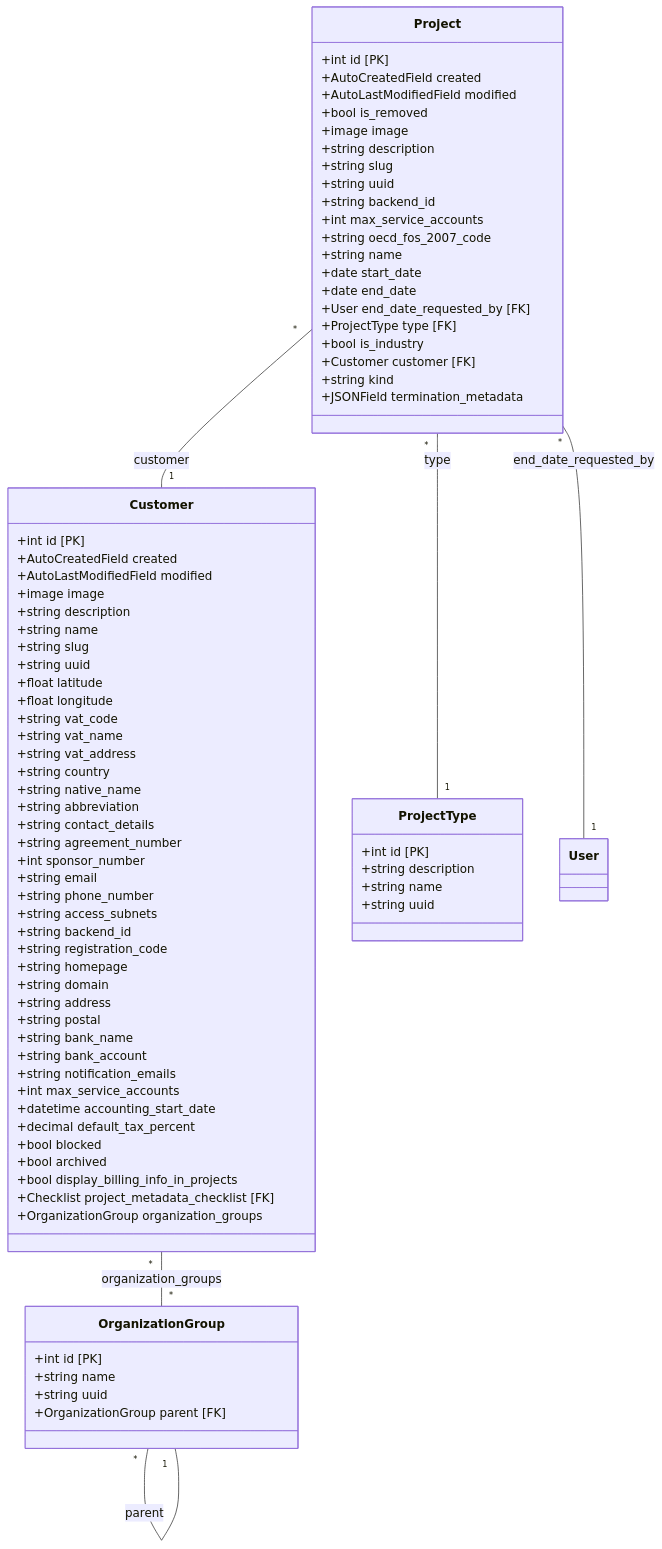
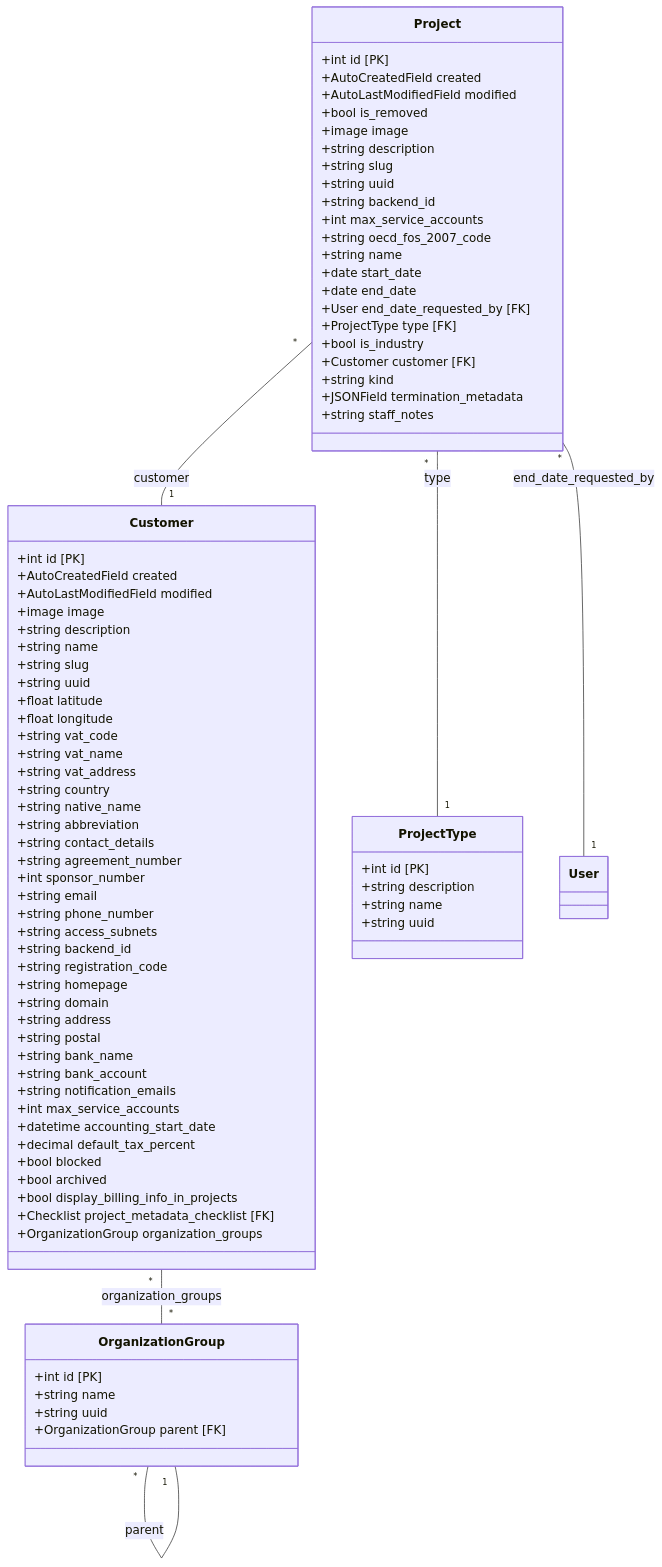
Before and after one commit to waldur/waldur-docs: the diagram in docs/developer-guide/core_structure.mmd, drawn with Mermaid.

Commit message:
Update configuration, CLI and developer guide

```diff
--- a/docs/developer-guide/core_structure.mmd
+++ b/docs/developer-guide/core_structure.mmd
@@ -1,82 +1,83 @@
 classDiagram
     direction TB
     class OrganizationGroup {
         +int id [PK]
         +string name
         +string uuid
         +OrganizationGroup parent [FK]
     }
     class Customer {
         +int id [PK]
         +AutoCreatedField created
         +AutoLastModifiedField modified
         +image image
         +string description
         +string name
         +string slug
         +string uuid
         +float latitude
         +float longitude
         +string vat_code
         +string vat_name
         +string vat_address
         +string country
         +string native_name
         +string abbreviation
         +string contact_details
         +string agreement_number
         +int sponsor_number
         +string email
         +string phone_number
         +string access_subnets
         +string backend_id
         +string registration_code
         +string homepage
         +string domain
         +string address
         +string postal
         +string bank_name
         +string bank_account
         +string notification_emails
         +int max_service_accounts
         +datetime accounting_start_date
         +decimal default_tax_percent
         +bool blocked
         +bool archived
         +bool display_billing_info_in_projects
         +Checklist project_metadata_checklist [FK]
         +OrganizationGroup organization_groups
     }
     class ProjectType {
         +int id [PK]
         +string description
         +string name
         +string uuid
     }
     class Project {
         +int id [PK]
         +AutoCreatedField created
         +AutoLastModifiedField modified
         +bool is_removed
         +image image
         +string description
         +string slug
         +string uuid
         +string backend_id
         +int max_service_accounts
         +string oecd_fos_2007_code
         +string name
         +date start_date
         +date end_date
         +User end_date_requested_by [FK]
         +ProjectType type [FK]
         +bool is_industry
         +Customer customer [FK]
         +string kind
         +JSONField termination_metadata
+        +string staff_notes
     }
     Customer "*" -- "*" OrganizationGroup : organization_groups
     OrganizationGroup "*" -- "1" OrganizationGroup : parent
     Project "*" -- "1" Customer : customer
     Project "*" -- "1" ProjectType : type
     Project "*" -- "1" User : end_date_requested_by
```
